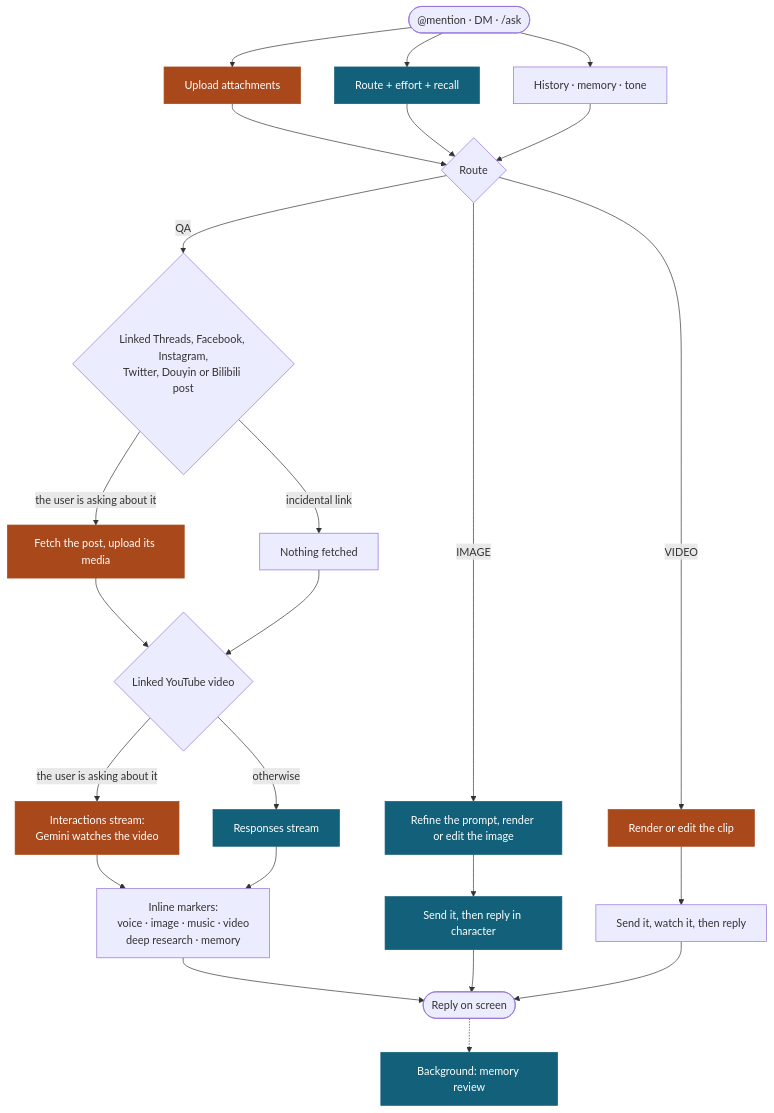
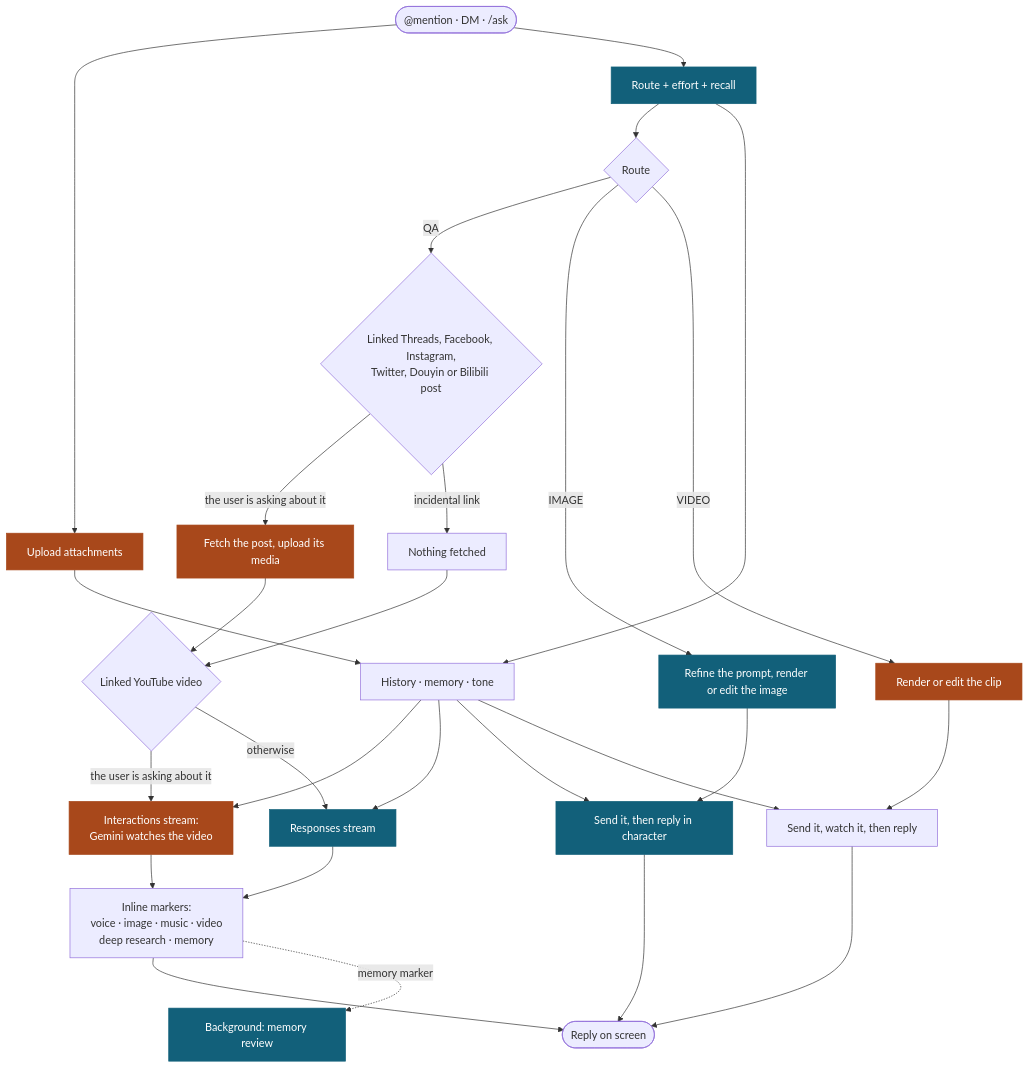
One commit to Mai0313/discordbot changed the diagram in README.md. Above: the diagram before and after it, drawn with Mermaid. The commit also changed other lines of this file and 6 other files, not shown here.

````diff
--- a/README.md
+++ b/README.md
@@ -43,33 +43,34 @@
 ```mermaid
 flowchart TD
-    U(["@mention · DM · /ask"]) --> UP & RT & CX
+    U(["@mention · DM · /ask"]) --> UP & RT
 
     UP["Upload attachments"]
     RT["Route + effort + recall"]
     CX["History · memory · tone"]
 
-    UP & RT & CX --> R{"Route"}
+    RT --> R{"Route"}
+    UP & RT --> CX --> YT & QS & I2 & V2
 
     R -->|QA| L{"Linked Threads, Facebook, Instagram,<br/>Twitter, Douyin or Bilibili post"}
     L -->|"the user is asking about it"| LF["Fetch the post, upload its media"]
     L -->|"incidental link"| LS["Nothing fetched"]
     LF & LS --> Y{"Linked YouTube video"}
     Y -->|"the user is asking about it"| YT["Interactions stream:<br/>Gemini watches the video"]
     Y -->|"otherwise"| QS["Responses stream"]
     YT & QS --> Q2["Inline markers:<br/>voice · image · music · video<br/>deep research · memory"]
 
     R -->|IMAGE| I1["Refine the prompt, render or edit the image"]
     I1 --> I2["Send it, then reply in character"]
     R -->|VIDEO| V1["Render or edit the clip"]
     V1 --> V2["Send it, watch it, then reply"]
 
     Q2 --> OUT(["Reply on screen"])
     I2 --> OUT
     V2 --> OUT
-    OUT -.-> MM["Background: memory review"]
+    Q2 -.->|"memory marker"| MM["Background: memory review"]
 
     classDef proxy fill:#12607a,stroke:#12607a,color:#ffffff
     classDef direct fill:#a8481b,stroke:#a8481b,color:#ffffff
     class RT,QS,I1,I2,MM proxy
     class UP,LF,YT,V1 direct
 ```
````
